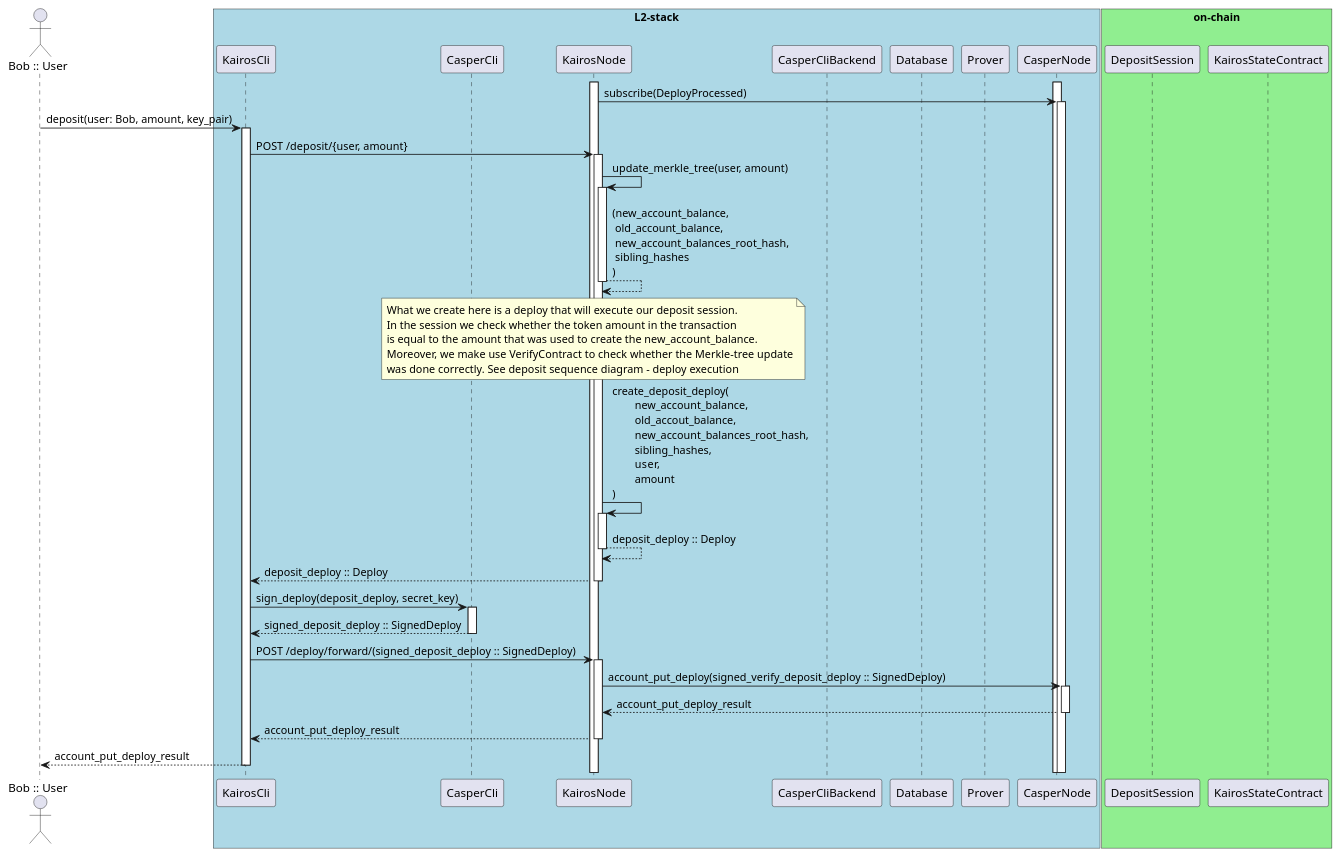
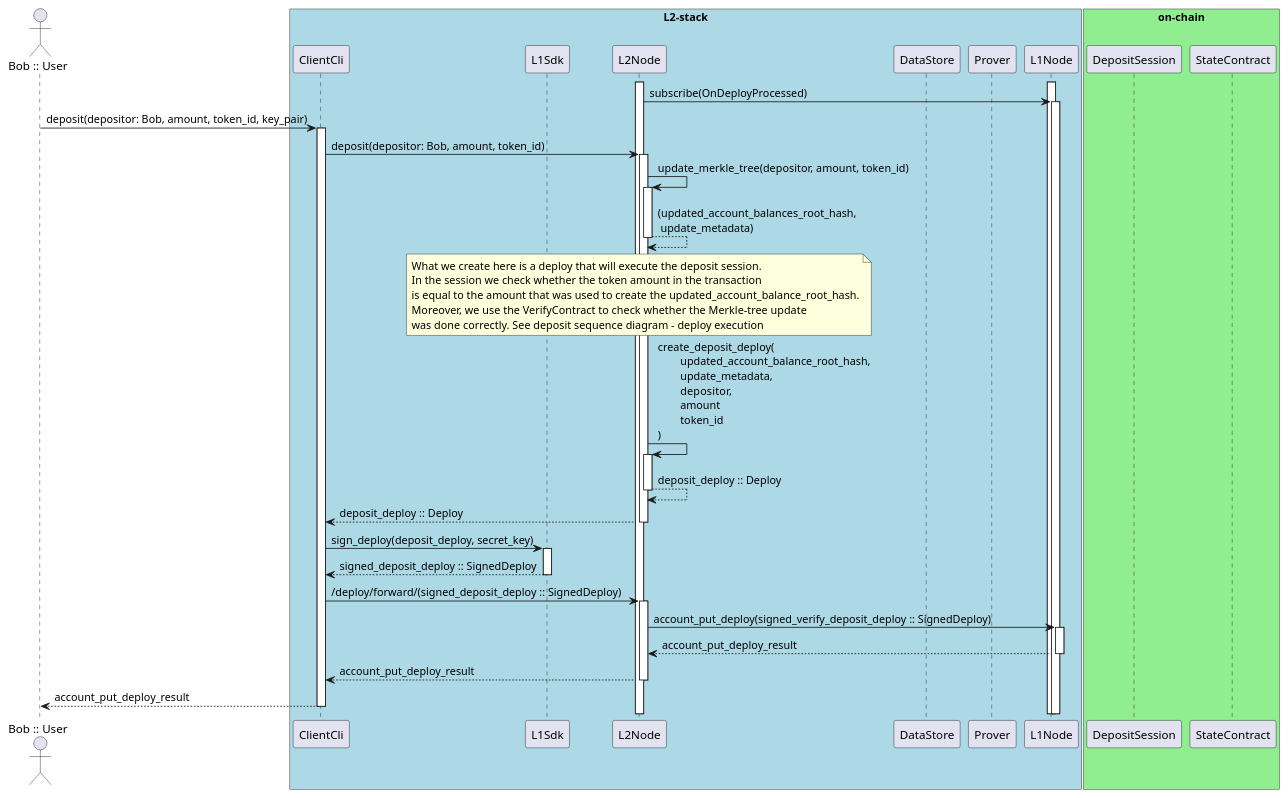
The diagram in diagrams/deposit_sequence_diagram_client_submit.puml (cspr-rad/kairos-spec), drawn with PlantUML before and after one commit. The commit also changed 6 other files, not shown here.

Commit message:
diagrams: update

```diff
--- a/diagrams/deposit_sequence_diagram_client_submit.puml
+++ b/diagrams/deposit_sequence_diagram_client_submit.puml
@@ -1,46 +1,45 @@
 @startuml
 autoactivate on
 actor "Bob :: User" as Bob
 box "L2-stack" #LightBlue
-participant KairosCli
-participant CasperCli
-participant KairosNode
-participant CasperCliBackend
-participant Database
+participant ClientCli
+participant L1Sdk
+participant L2Node
+participant DataStore
 participant Prover
-participant CasperNode
+participant L1Node
 end box
 box "on-chain" #LightGreen
 participant DepositSession
-participant KairosStateContract
+participant StateContract
 end box
 
-activate CasperNode
-activate KairosNode
+activate L1Node
+activate L2Node
 
-KairosNode -> CasperNode: subscribe(DeployProcessed)
-Bob -> KairosCli: deposit(user: Bob, amount, key_pair)
-KairosCli -> KairosNode: POST /deposit/{user, amount}
+L2Node -> L1Node: subscribe(OnDeployProcessed)
+Bob -> ClientCli: deposit(depositor: Bob, amount, token_id, key_pair)
+ClientCli -> L2Node: deposit(depositor: Bob, amount, token_id)
 
-KairosNode -> KairosNode: update_merkle_tree(user, amount)
-KairosNode --> KairosNode: (new_account_balance,\n old_account_balance,\n new_account_balances_root_hash,\n sibling_hashes\n)
-note over KairosNode, KairosNode
-What we create here is a deploy that will execute our deposit session.
+L2Node -> L2Node: update_merkle_tree(depositor, amount, token_id)
+L2Node --> L2Node: (updated_account_balances_root_hash,\n update_metadata)
+note over L2Node, L2Node
+What we create here is a deploy that will execute the deposit session.
 In the session we check whether the token amount in the transaction
-is equal to the amount that was used to create the new_account_balance.
-Moreover, we make use VerifyContract to check whether the Merkle-tree update
+is equal to the amount that was used to create the updated_account_balance_root_hash.
+Moreover, we use the VerifyContract to check whether the Merkle-tree update
 was done correctly. See deposit sequence diagram - deploy execution
 end note
-KairosNode -> KairosNode: create_deposit_deploy(\n\tnew_account_balance,\n\told_accout_balance,\n\tnew_account_balances_root_hash,\n\tsibling_hashes,\n\tuser,\n\tamount\n)
-KairosNode --> KairosNode: deposit_deploy :: Deploy
-KairosNode --> KairosCli: deposit_deploy :: Deploy
+L2Node -> L2Node: create_deposit_deploy(\n\tupdated_account_balance_root_hash,\n\tupdate_metadata,\n\tdepositor,\n\tamount\n\ttoken_id\n)
+L2Node --> L2Node: deposit_deploy :: Deploy
+L2Node --> ClientCli: deposit_deploy :: Deploy
 
-KairosCli -> CasperCli: sign_deploy(deposit_deploy, secret_key)
-CasperCli --> KairosCli: signed_deposit_deploy :: SignedDeploy
+ClientCli -> L1Sdk: sign_deploy(deposit_deploy, secret_key)
+L1Sdk --> ClientCli: signed_deposit_deploy :: SignedDeploy
 
-KairosCli -> KairosNode: POST /deploy/forward/(signed_deposit_deploy :: SignedDeploy)
-KairosNode -> CasperNode: account_put_deploy(signed_verify_deposit_deploy :: SignedDeploy)
-CasperNode --> KairosNode: account_put_deploy_result
-KairosNode --> KairosCli: account_put_deploy_result
-KairosCli --> Bob: account_put_deploy_result
+ClientCli -> L2Node: /deploy/forward/(signed_deposit_deploy :: SignedDeploy)
+L2Node -> L1Node: account_put_deploy(signed_verify_deposit_deploy :: SignedDeploy)
+L1Node --> L2Node: account_put_deploy_result
+L2Node --> ClientCli: account_put_deploy_result
+ClientCli --> Bob: account_put_deploy_result
 @enduml
```
